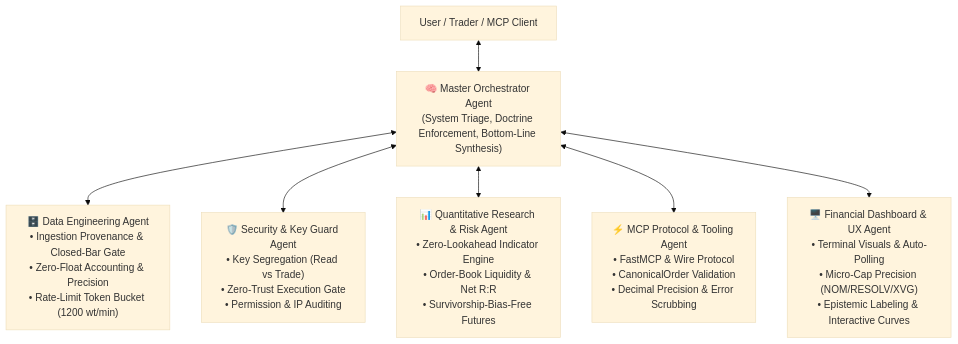
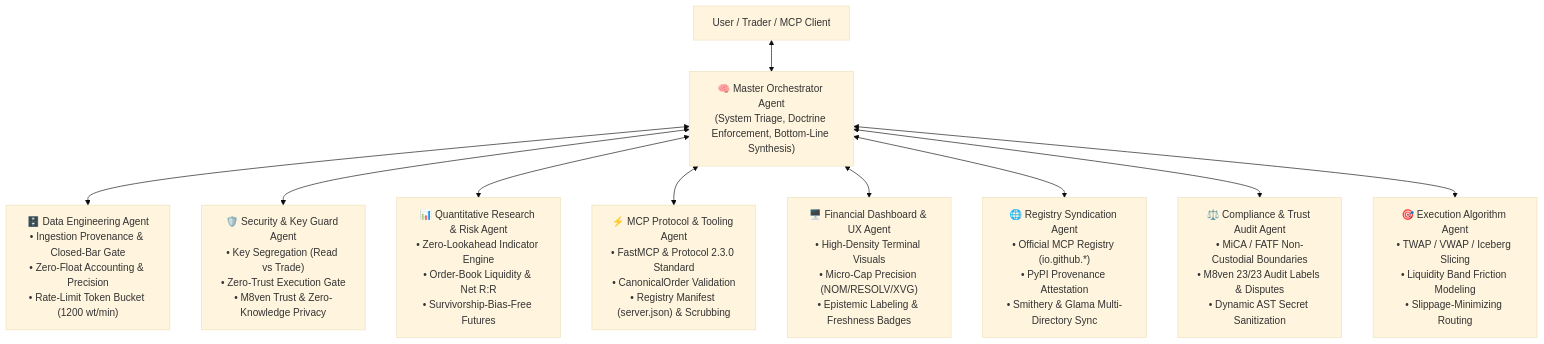
One commit to KumailQazi/krmaazha-binance-mcp changed the diagram in AGENTS.md. Above: the diagram before and after it, drawn with Mermaid (base theme). The commit also changed other lines of this file and 16 other files, not shown here.

Commit message:
feat(agents): expand multi-agent ecosystem with registry syndication, compliance audit, and execution algorithms

````diff
--- a/AGENTS.md
+++ b/AGENTS.md
@@ -5,10 +5,13 @@
 ```mermaid
 flowchart TD
     User["User / Trader / MCP Client"] <--> Orch["🧠 Master Orchestrator Agent\n(System Triage, Doctrine Enforcement, Bottom-Line Synthesis)"]
     
     Orch <--> Data["🗄️ Data Engineering Agent\n• Ingestion Provenance & Closed-Bar Gate\n• Zero-Float Accounting & Precision\n• Rate-Limit Token Bucket (1200 wt/min)"]
-    Orch <--> Sec["🛡️ Security & Key Guard Agent\n• Key Segregation (Read vs Trade)\n• Zero-Trust Execution Gate\n• Permission & IP Auditing"]
+    Orch <--> Sec["🛡️ Security & Key Guard Agent\n• Key Segregation (Read vs Trade)\n• Zero-Trust Execution Gate\n• M8ven Trust & Zero-Knowledge Privacy"]
     Orch <--> Quant["📊 Quantitative Research & Risk Agent\n• Zero-Lookahead Indicator Engine\n• Order-Book Liquidity & Net R:R\n• Survivorship-Bias-Free Futures"]
-    Orch <--> Proto["⚡ MCP Protocol & Tooling Agent\n• FastMCP & Wire Protocol\n• CanonicalOrder Validation\n• Decimal Precision & Error Scrubbing"]
-    Orch <--> UX["🖥️ Financial Dashboard & UX Agent\n• Terminal Visuals & Auto-Polling\n• Micro-Cap Precision (NOM/RESOLV/XVG)\n• Epistemic Labeling & Interactive Curves"]
+    Orch <--> Proto["⚡ MCP Protocol & Tooling Agent\n• FastMCP & Protocol 2.3.0 Standard\n• CanonicalOrder Validation\n• Registry Manifest (server.json) & Scrubbing"]
+    Orch <--> UX["🖥️ Financial Dashboard & UX Agent\n• High-Density Terminal Visuals\n• Micro-Cap Precision (NOM/RESOLV/XVG)\n• Epistemic Labeling & Freshness Badges"]
+    Orch <--> Reg["🌐 Registry Syndication Agent\n• Official MCP Registry (io.github.*)\n• PyPI Provenance Attestation\n• Smithery & Glama Multi-Directory Sync"]
+    Orch <--> Comp["⚖️ Compliance & Trust Audit Agent\n• MiCA / FATF Non-Custodial Boundaries\n• M8ven 23/23 Audit Labels & Disputes\n• Dynamic AST Secret Sanitization"]
+    Orch <--> Exec["🎯 Execution Algorithm Agent\n• TWAP / VWAP / Iceberg Slicing\n• Liquidity Band Friction Modeling\n• Slippage-Minimizing Routing"]
 ```
````
